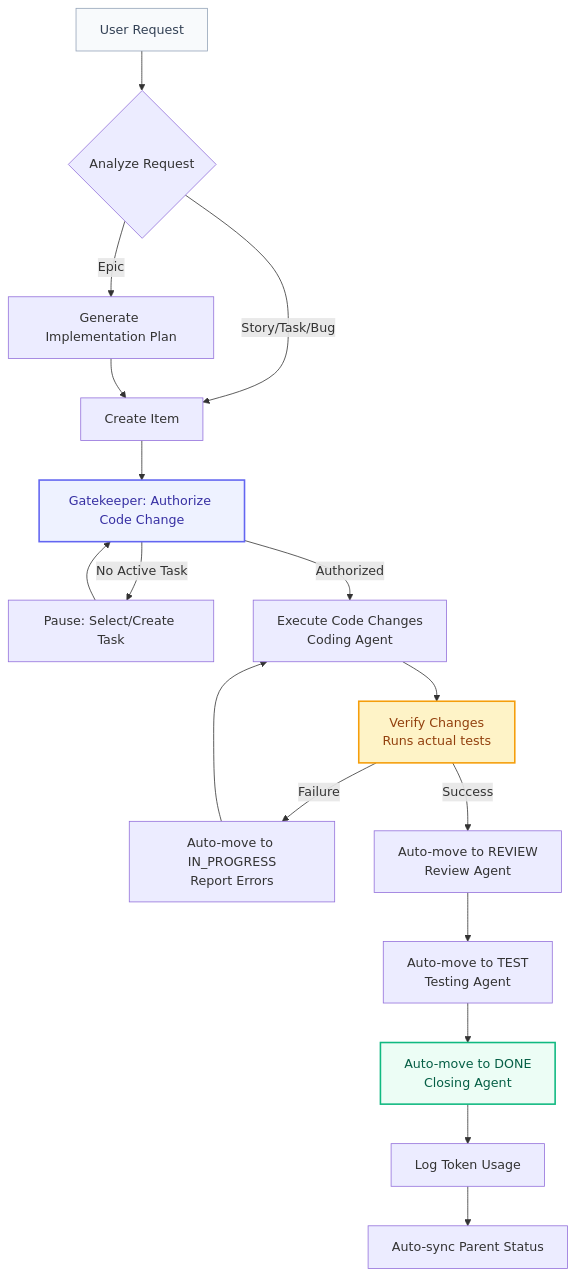
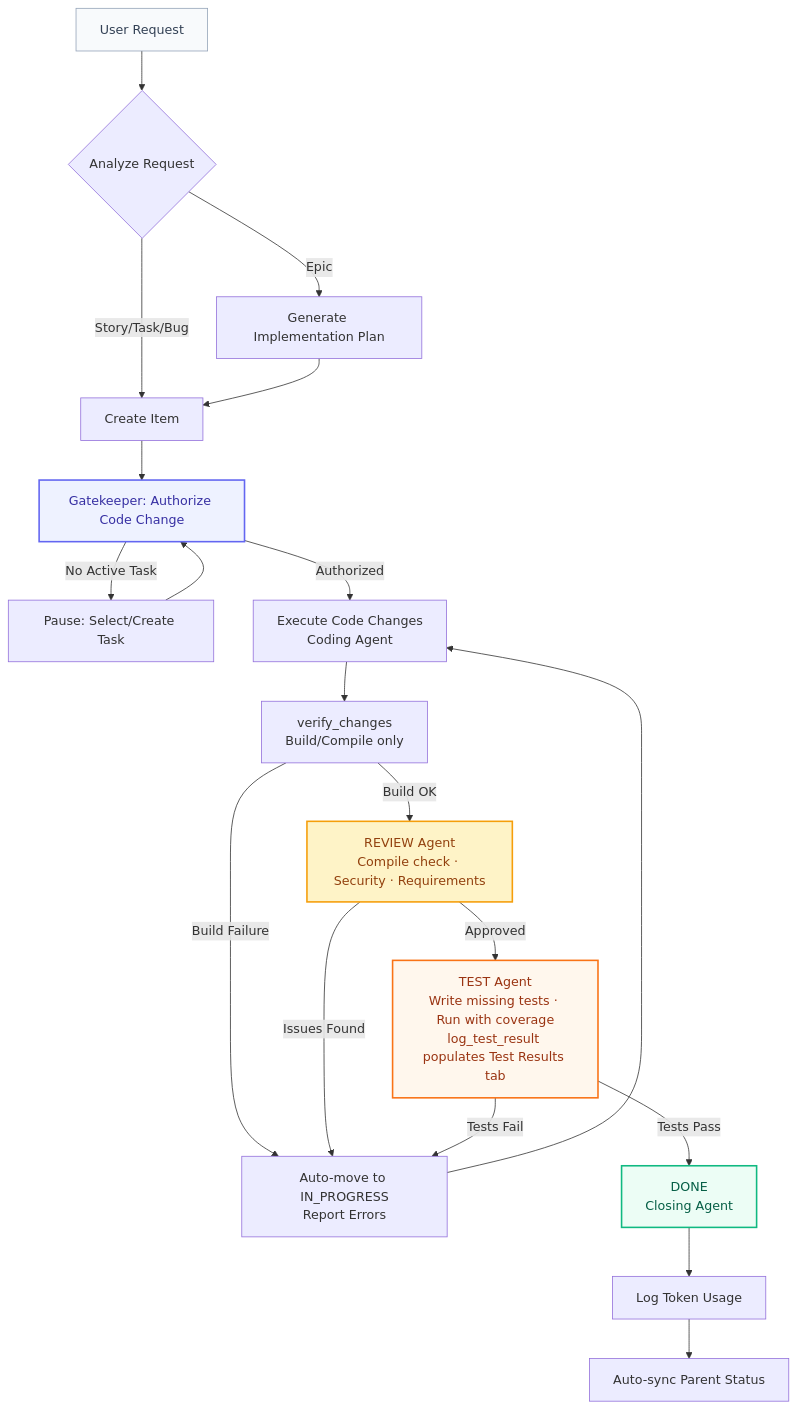
Before and after one commit to cglab-public/agenfk: the diagram in README.md, drawn with Mermaid. The commit also changed other lines of this file and 1 other file, not shown here.

Commit message:
close(task): Update README workflow diagram for REVIEW/TEST phase separation [db089694-ce75-4b4b-9b52-ea1388c10920]

````diff
--- a/README.md
+++ b/README.md
@@ -91,24 +91,27 @@
 ```mermaid
 graph TD
     A[User Request] --> B{Analyze Request}
     B -->|Epic| C[Generate Implementation Plan]
     B -->|Story/Task/Bug| D[Create Item]
     C --> D
     D --> E[Gatekeeper: Authorize Code Change]
     E -->|No Active Task| F[Pause: Select/Create Task]
     F --> E
     E -->|Authorized| G[Execute Code Changes <br/>Coding Agent]
-    G --> H[Verify Changes <br/>Runs actual tests]
-    H -->|Failure| I[Auto-move to IN_PROGRESS<br/>Report Errors]
+    G --> H[verify_changes<br/>Build/Compile only]
+    H -->|Build Failure| I[Auto-move to IN_PROGRESS<br/>Report Errors]
     I --> G
-    H -->|Success| J[Auto-move to REVIEW <br/>Review Agent]
-    J --> K[Auto-move to TEST <br/>Testing Agent]
-    K --> L[Auto-move to DONE <br/>Closing Agent]
+    H -->|Build OK| J[REVIEW Agent<br/>Compile check · Security · Requirements]
+    J -->|Issues Found| I
+    J -->|Approved| K[TEST Agent<br/>Write missing tests · Run with coverage<br/>log_test_result populates Test Results tab]
+    K -->|Tests Fail| I
+    K -->|Tests Pass| L[DONE <br/>Closing Agent]
     L --> M[Log Token Usage]
     M --> N[Auto-sync Parent Status]
-    
+
     style A fill:#f8fafc,stroke:#94a3b8,color:#334155
     style E fill:#eef2ff,stroke:#6366f1,stroke-width:2px,color:#3730a3
-    style H fill:#fef3c7,stroke:#f59e0b,stroke-width:2px,color:#92400e
+    style J fill:#fef3c7,stroke:#f59e0b,stroke-width:2px,color:#92400e
+    style K fill:#fff7ed,stroke:#f97316,stroke-width:2px,color:#9a3412
     style L fill:#ecfdf5,stroke:#10b981,stroke-width:2px,color:#065f46
 ```
````
